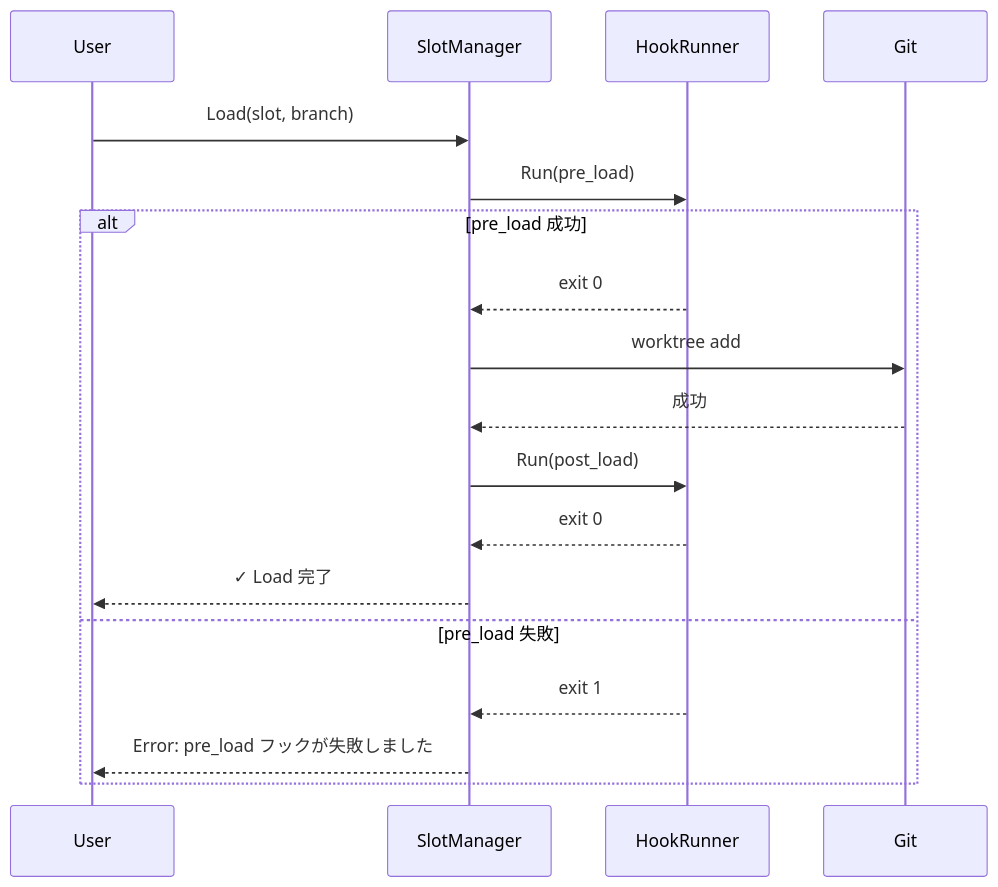
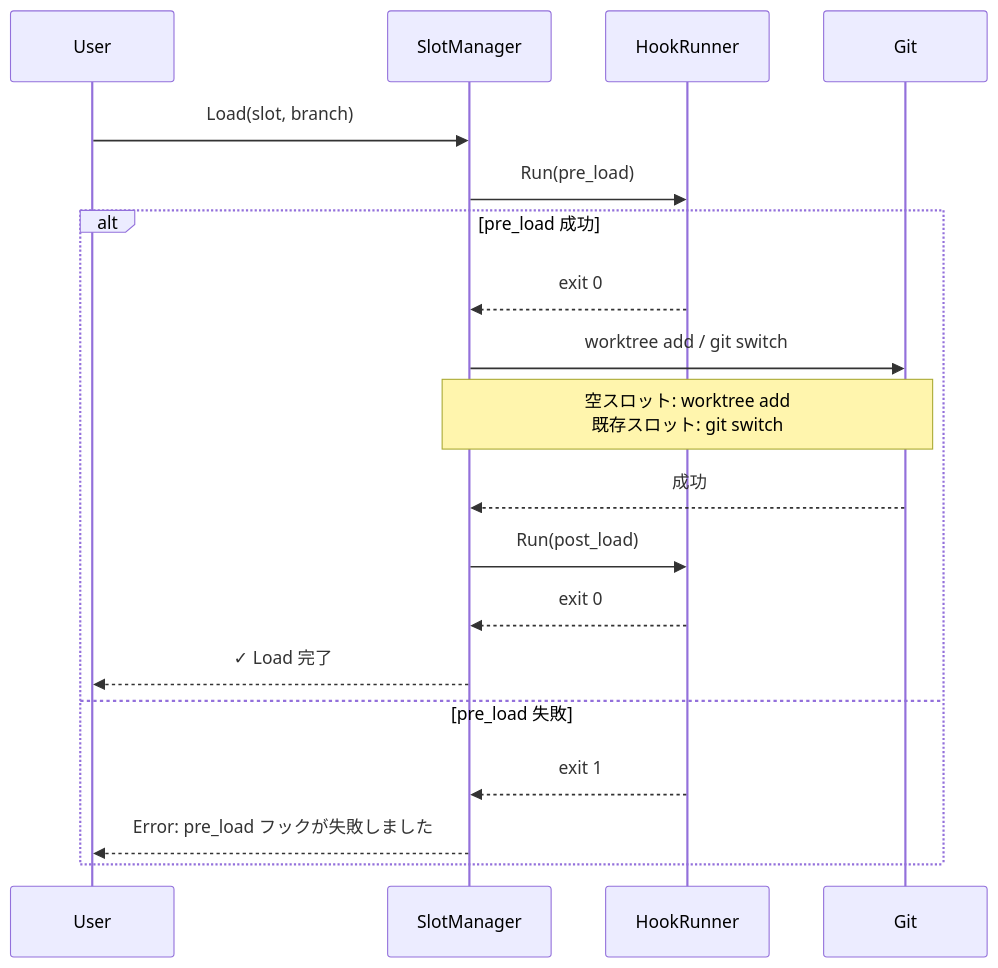
One commit to AquiTCD/git-slot changed the diagram in docs/specs/integration.md. Above: the diagram before and after it, drawn with Mermaid. The commit also changed 11 other files, not shown here.

````diff
--- a/docs/specs/integration.md
+++ b/docs/specs/integration.md
@@ -93,21 +93,22 @@
 ```mermaid
 sequenceDiagram
     participant User
     participant SlotManager
     participant HookRunner
     participant Git
 
     User->>SlotManager: Load(slot, branch)
     SlotManager->>HookRunner: Run(pre_load)
     alt pre_load 成功
         HookRunner-->>SlotManager: exit 0
-        SlotManager->>Git: worktree add
+        SlotManager->>Git: worktree add / git switch
+        Note over SlotManager,Git: 空スロット: worktree add<br/>既存スロット: git switch
         Git-->>SlotManager: 成功
         SlotManager->>HookRunner: Run(post_load)
         HookRunner-->>SlotManager: exit 0
         SlotManager-->>User: ✓ Load 完了
     else pre_load 失敗
         HookRunner-->>SlotManager: exit 1
         SlotManager-->>User: Error: pre_load フックが失敗しました
     end
 ```
````
